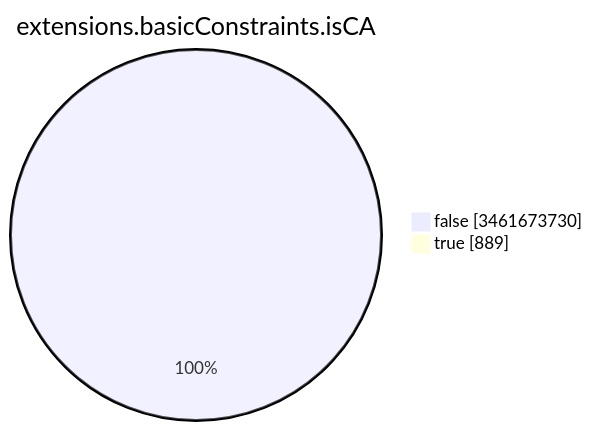
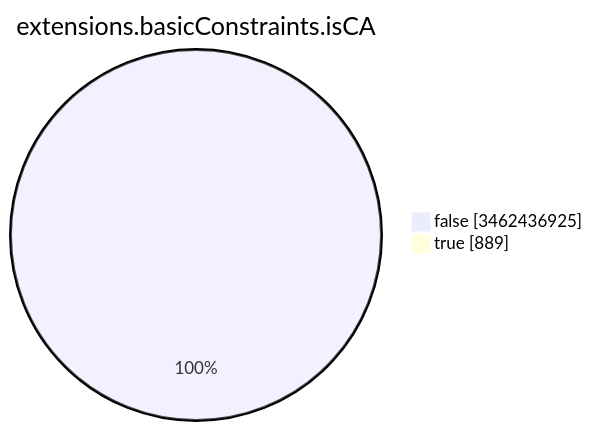
One commit to christiankrug/ctmonitor_visualization changed the seventh of 15 diagrams in TOTAL/README.md. Above: the diagram before and after it, drawn with Mermaid. The commit also changed other lines of this file, not shown here.

````diff
--- a/TOTAL/README.md
+++ b/TOTAL/README.md
@@ -3093,6 +3093,6 @@
 ```mermaid
 pie showData
 title extensions.basicConstraints.isCA
-"false" :3461673730
+"false" :3462436925
 "true" :889
 ```
````
